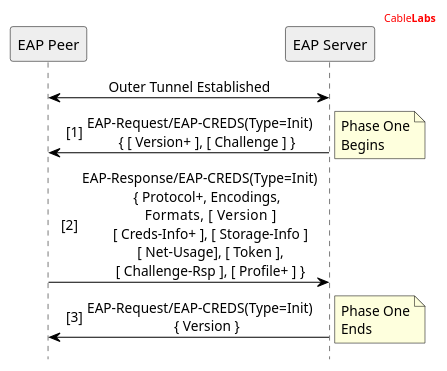
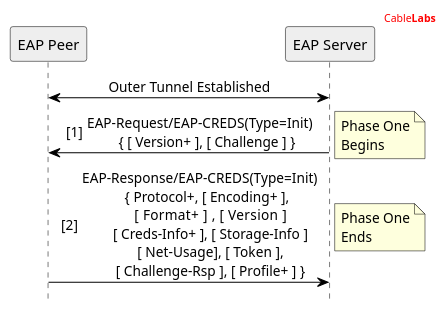
The diagram in UML/EAP-CREDS Phase One Flow.puml (openca/eap-creds), drawn with PlantUML before and after one commit. The commit also changed 5 other files, not shown here.

```diff
--- a/UML/EAP-CREDS Phase One Flow.puml
+++ b/UML/EAP-CREDS Phase One Flow.puml
@@ -2,42 +2,40 @@
 @startuml
 
 '' header information
 header
 <font color="red">Cable<b>Labs</b></font>
 endheader
 
 '' Use this to hide the foot boxes
 hide footbox
 
 skinparam sequenceMessageAlign center
 skinparam NoteBorderColor black
 '' skinparam BackgroundColor #ddd
 
 ''skinparam shadowing<<no_shadow>> true
 ''skinparam shadowing<<with_shadow>> false
 
 skinparam sequence {
 	borderColor black
 	ArrowColor black
 	ActorBorderColor black
 	ParticipantBorderColor black
 	LifeLineBorderColor black
 	LifeLineBackgroundColor white
 }
 
 '' Participants Declaration
 Participant "EAP Peer" as P #eee
 Participant "EAP Server" as S #eee
 
 P<->S: Outer Tunnel Established
 
 autonumber 1 "[##]"
 S->P: EAP-Request/EAP-CREDS(Type=Init)\n    { [ Version+ ], [ Challenge ] }
 note right: Phase One\nBegins
 
-P->S: EAP-Response/EAP-CREDS(Type=Init)\n    { Protocol+, Encodings,\n      Formats, [  Version  ]\n      [ Creds-Info+ ], [ Storage-Info ]\n      [ Net-Usage], [ Token ],\n      [ Challenge-Rsp ], [ Profile+ ] }
-
-S->P: EAP-Request/EAP-CREDS(Type=Init)\n    { Version }
+P->S: EAP-Response/EAP-CREDS(Type=Init)\n    { Protocol+, [ Encoding+ ],\n      [ Format+ ] , [  Version  ]\n      [ Creds-Info+ ], [ Storage-Info ]\n      [ Net-Usage], [ Token ],\n      [ Challenge-Rsp ], [ Profile+ ] }
 note right: Phase One\nEnds
 
 @enduml
```
